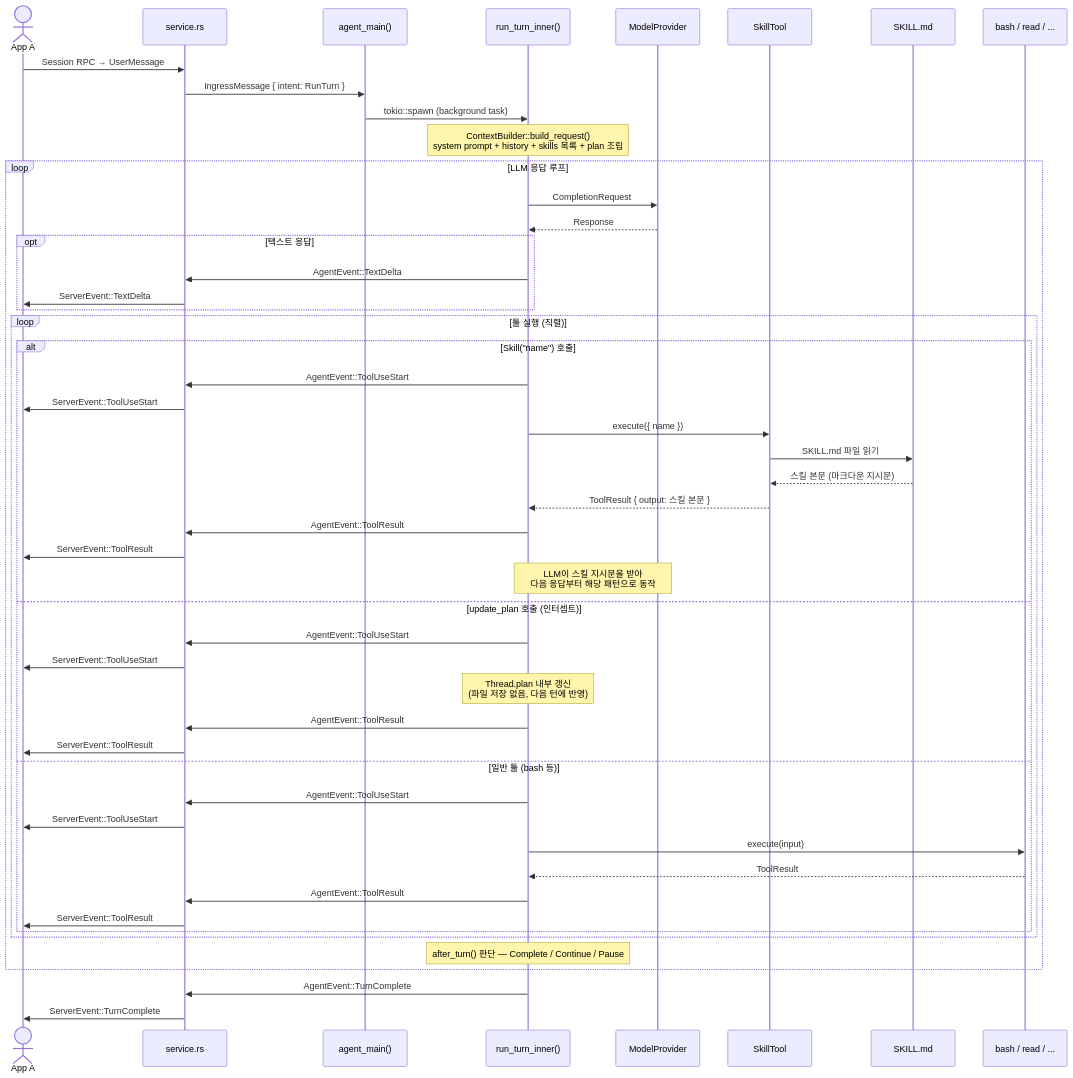
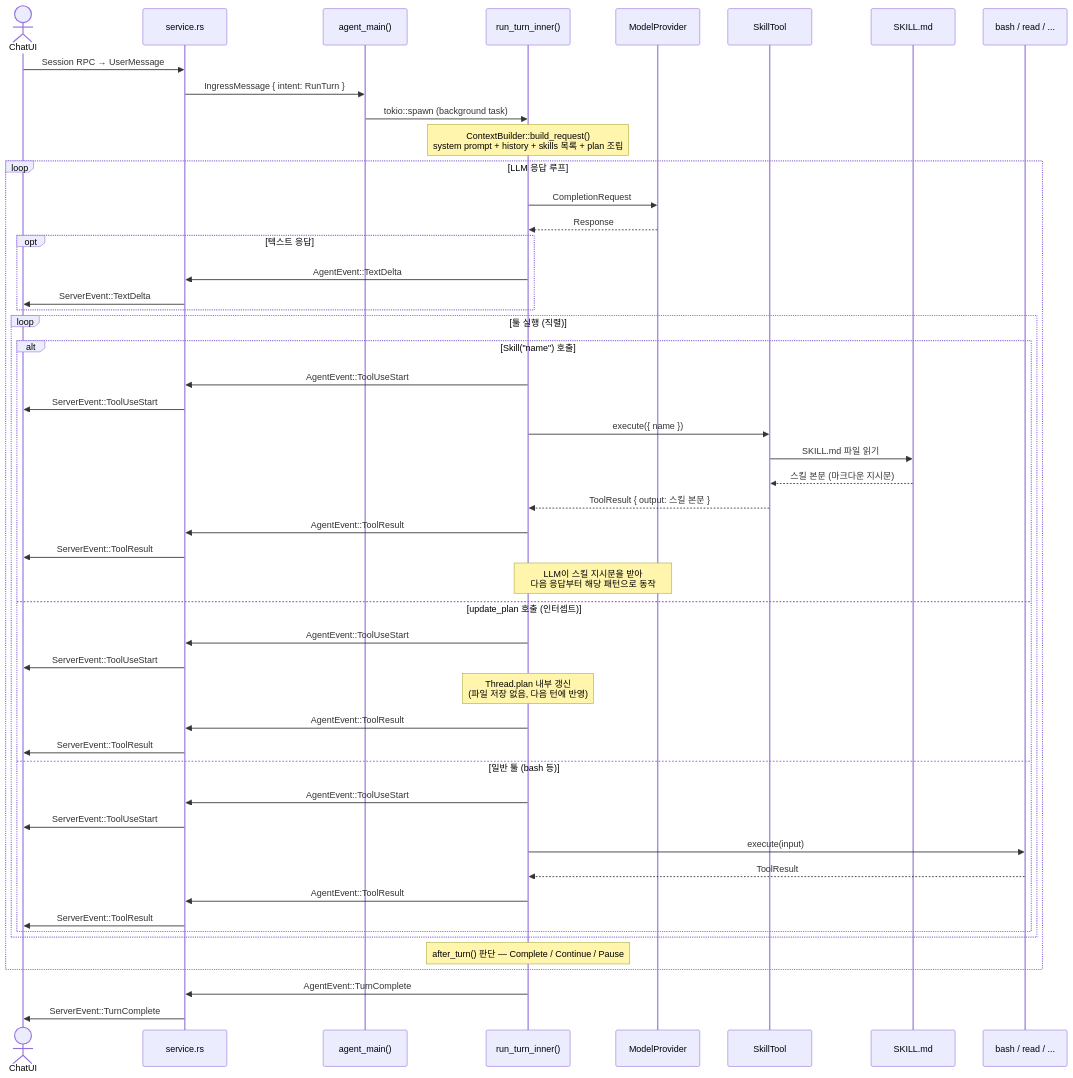
Before and after one commit to shyunMin/tizen-chat: the second of 3 diagrams in docs/dbus-progress-design.md, drawn with Mermaid. The commit also changed other lines of this file, not shown here.

````diff
--- a/docs/dbus-progress-design.md
+++ b/docs/dbus-progress-design.md
@@ -74,64 +72,64 @@
 ```mermaid
 sequenceDiagram
-    actor AppA as App A
+    actor AppA as ChatUI
     participant Svc as service.rs
     participant AM as agent_main()
     participant Turn as run_turn_inner()
     participant LLM as ModelProvider
     participant SkillT as SkillTool
     participant FS as SKILL.md
     participant Tool as bash / read / ...
 
     AppA->>Svc: Session RPC → UserMessage
     Svc->>AM: IngressMessage { intent: RunTurn }
     AM->>Turn: tokio::spawn (background task)
 
     Note over Turn: ContextBuilder::build_request()<br/>system prompt + history + skills 목록 + plan 조립
 
     loop LLM 응답 루프
 
         Turn->>LLM: CompletionRequest
         LLM-->>Turn: Response
 
         opt 텍스트 응답
             Turn->>Svc: AgentEvent::TextDelta
             Svc->>AppA: ServerEvent::TextDelta
         end
 
         loop 툴 실행 (직렬)
 
             alt Skill("name") 호출
                 Turn->>Svc: AgentEvent::ToolUseStart
                 Svc->>AppA: ServerEvent::ToolUseStart
                 Turn->>SkillT: execute({ name })
                 SkillT->>FS: SKILL.md 파일 읽기
                 FS-->>SkillT: 스킬 본문 (마크다운 지시문)
                 SkillT-->>Turn: ToolResult { output: 스킬 본문 }
                 Turn->>Svc: AgentEvent::ToolResult
                 Svc->>AppA: ServerEvent::ToolResult
                 Note over Turn,LLM: LLM이 스킬 지시문을 받아<br/>다음 응답부터 해당 패턴으로 동작
 
             else update_plan 호출 (인터셉트)
                 Turn->>Svc: AgentEvent::ToolUseStart
                 Svc->>AppA: ServerEvent::ToolUseStart
                 Note over Turn: Thread.plan 내부 갱신<br/>(파일 저장 없음, 다음 턴에 반영)
                 Turn->>Svc: AgentEvent::ToolResult
                 Svc->>AppA: ServerEvent::ToolResult
 
             else 일반 툴 (bash 등)
                 Turn->>Svc: AgentEvent::ToolUseStart
                 Svc->>AppA: ServerEvent::ToolUseStart
                 Turn->>Tool: execute(input)
                 Tool-->>Turn: ToolResult
                 Turn->>Svc: AgentEvent::ToolResult
                 Svc->>AppA: ServerEvent::ToolResult
             end
 
         end
 
         Note over Turn: after_turn() 판단 — Complete / Continue / Pause
     end
 
     Turn->>Svc: AgentEvent::TurnComplete
     Svc->>AppA: ServerEvent::TurnComplete
 ```
````
